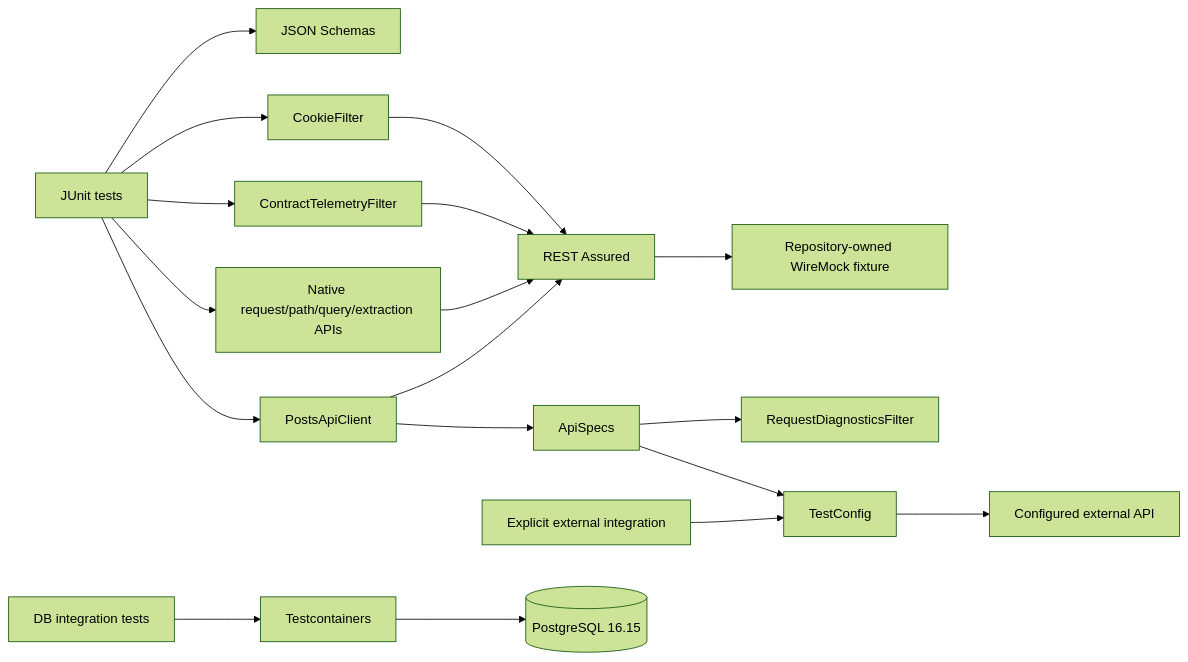
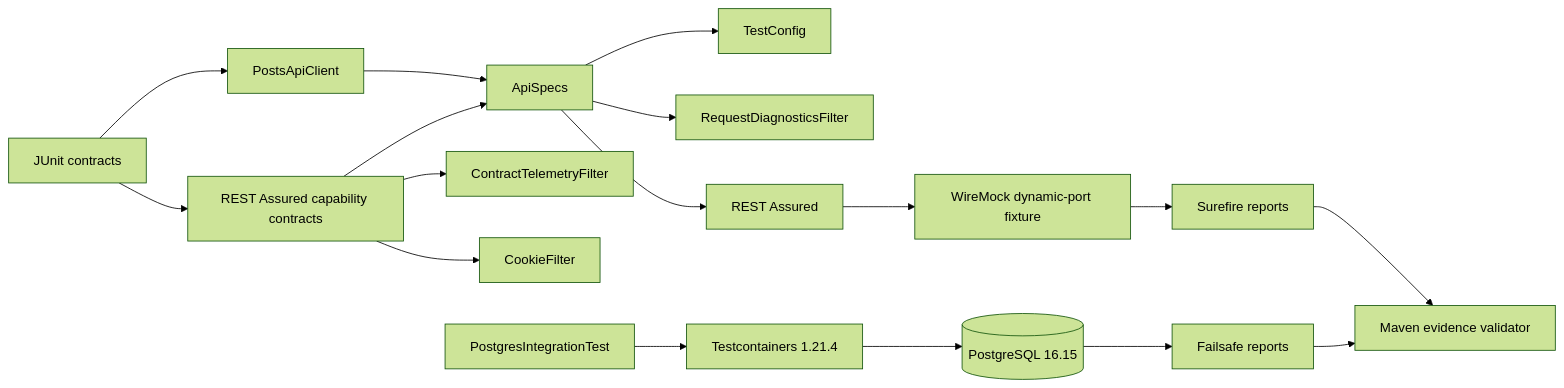
One commit to portyu9/qa-automation-java-restassured changed the diagram in docs/ARCHITECTURE.md. Above: the diagram before and after it, drawn with Mermaid (forest theme). The commit also changed other lines of this file, not shown here.

Commit message:
Align Java architecture with lifecycle evidence model

````diff
--- a/docs/ARCHITECTURE.md
+++ b/docs/ARCHITECTURE.md
@@ -7,20 +9,21 @@
 ```mermaid
 flowchart LR
-    T[JUnit tests] --> C[PostsApiClient]
-    T --> NATIVE[Native request/path/query/extraction APIs]
-    C --> SPEC[ApiSpecs]
-    SPEC --> CFG[TestConfig]
-    SPEC --> F[RequestDiagnosticsFilter]
-    T --> TEL[ContractTelemetryFilter]
-    T --> COOKIE[CookieFilter]
-    C --> RA[REST Assured]
-    NATIVE --> RA
-    TEL --> RA
-    COOKIE --> RA
-    RA --> WM[Repository-owned WireMock fixture]
-    EXT[Explicit external integration] --> CFG
-    CFG --> API[Configured external API]
-    T --> S[JSON Schemas]
-    DB[DB integration tests] --> TC[Testcontainers]
+    JUNIT[JUnit contracts] --> CLIENT[PostsApiClient]
+    JUNIT --> NATIVE[REST Assured capability contracts]
+    CLIENT --> SPECS[ApiSpecs]
+    NATIVE --> SPECS
+    SPECS --> CFG[TestConfig]
+    SPECS --> DIAG[RequestDiagnosticsFilter]
+    NATIVE --> TELE[ContractTelemetryFilter]
+    NATIVE --> COOKIE[CookieFilter]
+    SPECS --> RA[REST Assured]
+    RA --> WM[WireMock dynamic-port fixture]
+
+    DB[PostgresIntegrationTest] --> TC[Testcontainers 1.21.4]
     TC --> PG[(PostgreSQL 16.15)]
+
+    WM --> SURE[Surefire reports]
+    PG --> FAIL[Failsafe reports]
+    SURE --> EVIDENCE[Maven evidence validator]
+    FAIL --> EVIDENCE
 ```
````
